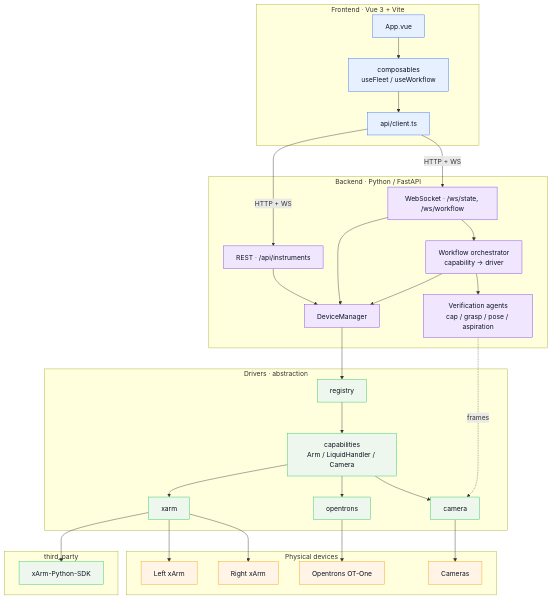
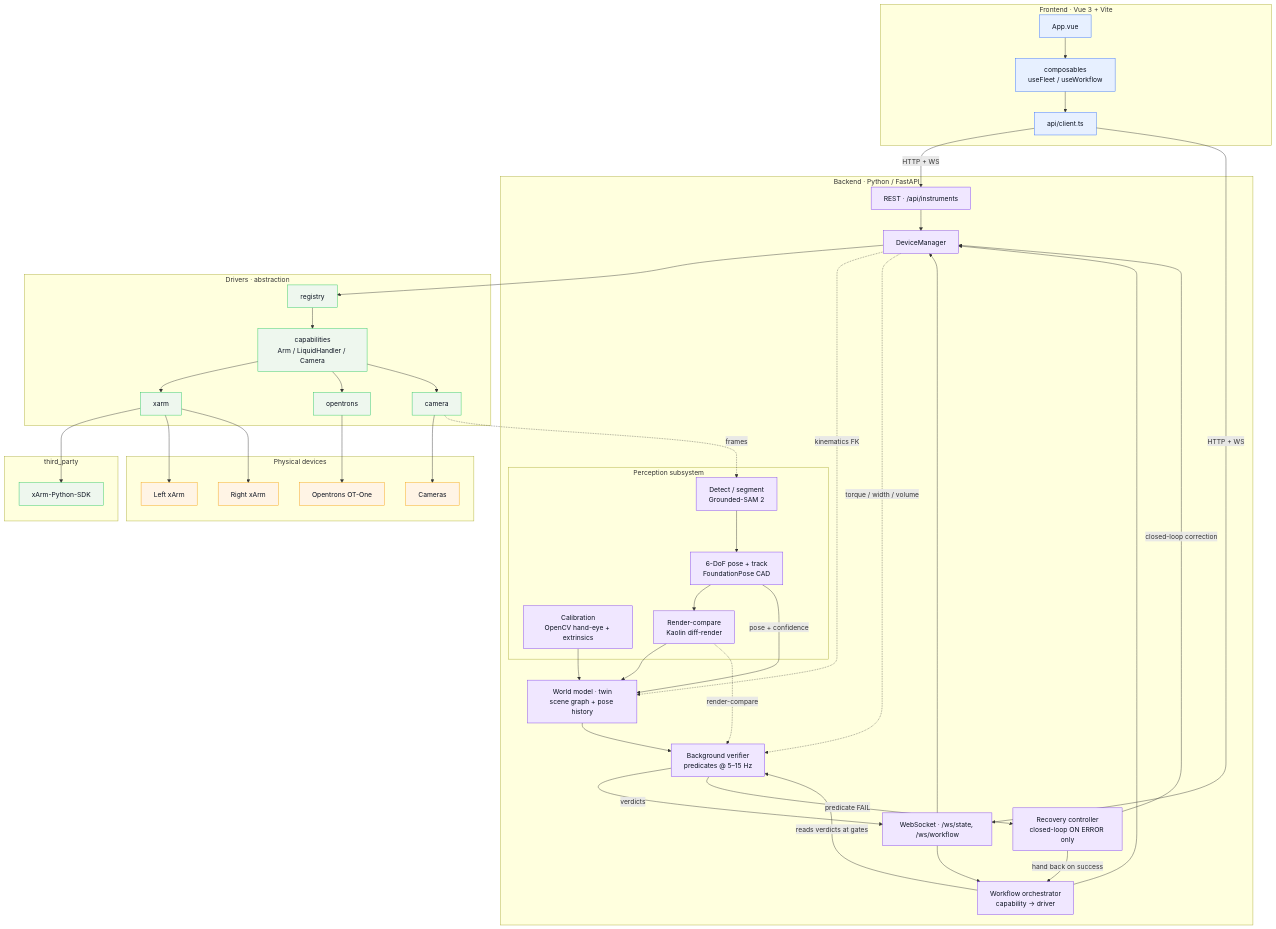
The diagram in docs/ARCHITECTURE.md (Lbromig/hackathon-zeon), drawn with Mermaid before and after one commit. The commit also changed other lines of this file and 30 other files, not shown here.

````diff
--- a/docs/ARCHITECTURE.md
+++ b/docs/ARCHITECTURE.md
@@ -6,59 +6,82 @@
 ```mermaid
 flowchart TB
   classDef fe fill:#e7f0ff,stroke:#2e6bff,color:#0b1220;
   classDef be fill:#f0e7ff,stroke:#7c3aed,color:#0b1220;
   classDef dr fill:#eef7ee,stroke:#22c55e,color:#0b1220;
   classDef hw fill:#fff4e5,stroke:#f59e0b,color:#0b1220;
 
   subgraph FE[Frontend · Vue 3 + Vite]
     UI[App.vue]:::fe
     CMP[composables<br/>useFleet / useWorkflow]:::fe
     CL[api/client.ts]:::fe
   end
 
   subgraph BE[Backend · Python / FastAPI]
     REST[REST · /api/instruments]:::be
     WS[WebSocket · /ws/state, /ws/workflow]:::be
     DM[DeviceManager]:::be
     WF[Workflow orchestrator<br/>capability → driver]:::be
-    VER[Verification agents<br/>cap / grasp / pose / aspiration]:::be
+    subgraph PER[Perception subsystem]
+      CAL[Calibration<br/>OpenCV hand-eye + extrinsics]:::be
+      DET[Detect / segment<br/>Grounded-SAM 2]:::be
+      POSE[6-DoF pose + track<br/>FoundationPose CAD]:::be
+      RC[Render-compare<br/>Kaolin diff-render]:::be
+    end
+    WM[World model · twin<br/>scene graph + pose history]:::be
+    BV[Background verifier<br/>predicates @ 5–15 Hz]:::be
+    REC[Recovery controller<br/>closed-loop ON ERROR only]:::be
   end
 
   subgraph DR[Drivers · abstraction]
     CAP[capabilities<br/>Arm / LiquidHandler / Camera]:::dr
     REG[registry]:::dr
     XA[xarm]:::dr
     OT[opentrons]:::dr
     CAMd[camera]:::dr
   end
 
   subgraph TP[third_party]
     SDK[xArm-Python-SDK]:::dr
   end
 
   subgraph HW[Physical devices]
     LARM[Left xArm]:::hw
     RARM[Right xArm]:::hw
     OTd[Opentrons OT-One]:::hw
     CAMS[Cameras]:::hw
   end
 
   UI --> CMP --> CL
   CL -->|HTTP + WS| REST
   CL -->|HTTP + WS| WS
   REST --> DM
   WS --> DM
   WS --> WF
   WF --> DM
-  WF --> VER
   DM --> REG --> CAP
   CAP --> XA
   CAP --> OT
   CAP --> CAMd
   XA --> SDK
   XA --> LARM
   XA --> RARM
   OT --> OTd
   CAMd --> CAMS
-  VER -. frames .-> CAMd
+
+  %% perception → twin → verify → recover loop
+  CAMd -. frames .-> DET
+  DET --> POSE
+  POSE --> RC
+  CAL --> WM
+  RC --> WM
+  POSE -->|pose + confidence| WM
+  DM -. kinematics FK .-> WM
+  WM --> BV
+  RC -. render-compare .-> BV
+  DM -. torque / width / volume .-> BV
+  BV -->|verdicts| WS
+  WF -->|reads verdicts at gates| BV
+  BV -->|predicate FAIL| REC
+  REC -->|closed-loop correction| DM
+  REC -->|hand back on success| WF
 ```
````
